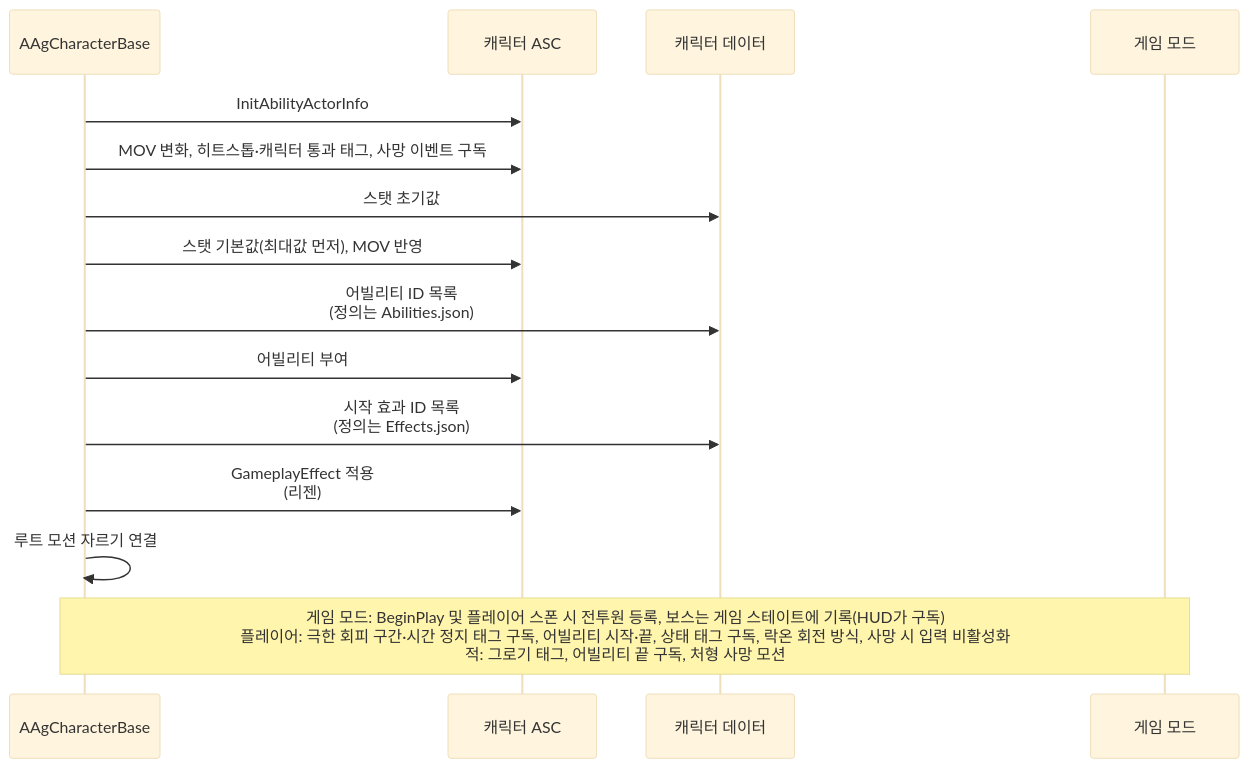
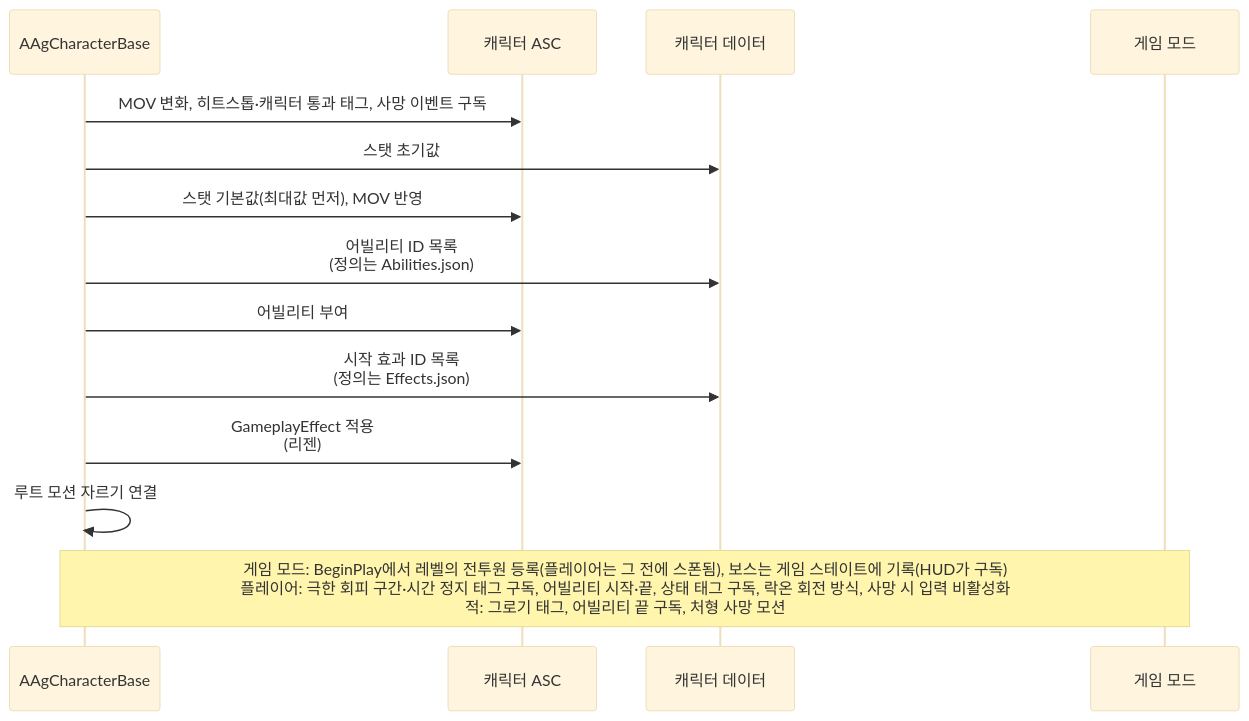
The third of 5 diagrams in Docs/Architecture/캐릭터 기반 구조와 GAS.md (Woogl/Ag), drawn with Mermaid (base theme) before and after one commit. The commit also changed other lines of this file and 48 other files, not shown here.

````diff
--- a/Docs/Architecture/캐릭터 기반 구조와 GAS.md
+++ b/Docs/Architecture/캐릭터 기반 구조와 GAS.md
@@ -143,17 +143,16 @@
 ```mermaid
 sequenceDiagram
     participant C as AAgCharacterBase
     participant ASC as 캐릭터 ASC
     participant D as 캐릭터 데이터
     participant GM as 게임 모드
-    C->>ASC: InitAbilityActorInfo
     C->>ASC: MOV 변화, 히트스톱·캐릭터 통과 태그, 사망 이벤트 구독
     C->>D: 스탯 초기값
     C->>ASC: 스탯 기본값(최대값 먼저), MOV 반영
     C->>D: 어빌리티 ID 목록<br>(정의는 Abilities.json)
     C->>ASC: 어빌리티 부여
     C->>D: 시작 효과 ID 목록<br>(정의는 Effects.json)
     C->>ASC: GameplayEffect 적용<br>(리젠)
     C->>C: 루트 모션 자르기 연결
-    Note over C,GM: 게임 모드: BeginPlay 및 플레이어 스폰 시 전투원 등록, 보스는 게임 스테이트에 기록(HUD가 구독)<br>플레이어: 극한 회피 구간·시간 정지 태그 구독, 어빌리티 시작·끝, 상태 태그 구독, 락온 회전 방식, 사망 시 입력 비활성화<br>적: 그로기 태그, 어빌리티 끝 구독, 처형 사망 모션
+    Note over C,GM: 게임 모드: BeginPlay에서 레벨의 전투원 등록(플레이어는 그 전에 스폰됨), 보스는 게임 스테이트에 기록(HUD가 구독)<br>플레이어: 극한 회피 구간·시간 정지 태그 구독, 어빌리티 시작·끝, 상태 태그 구독, 락온 회전 방식, 사망 시 입력 비활성화<br>적: 그로기 태그, 어빌리티 끝 구독, 처형 사망 모션
 ```
````
